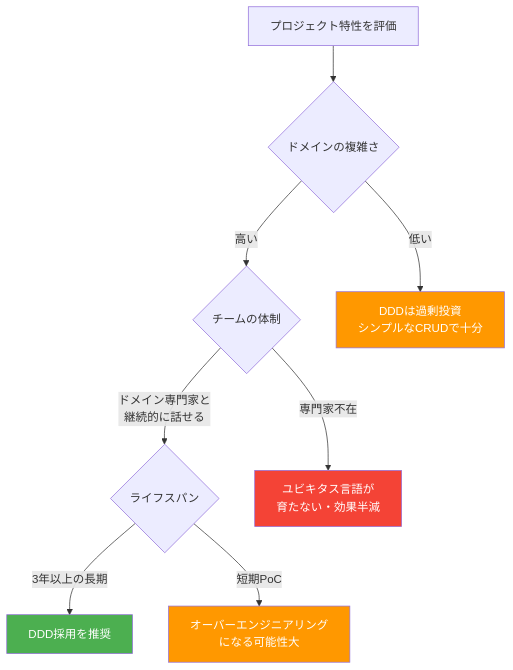
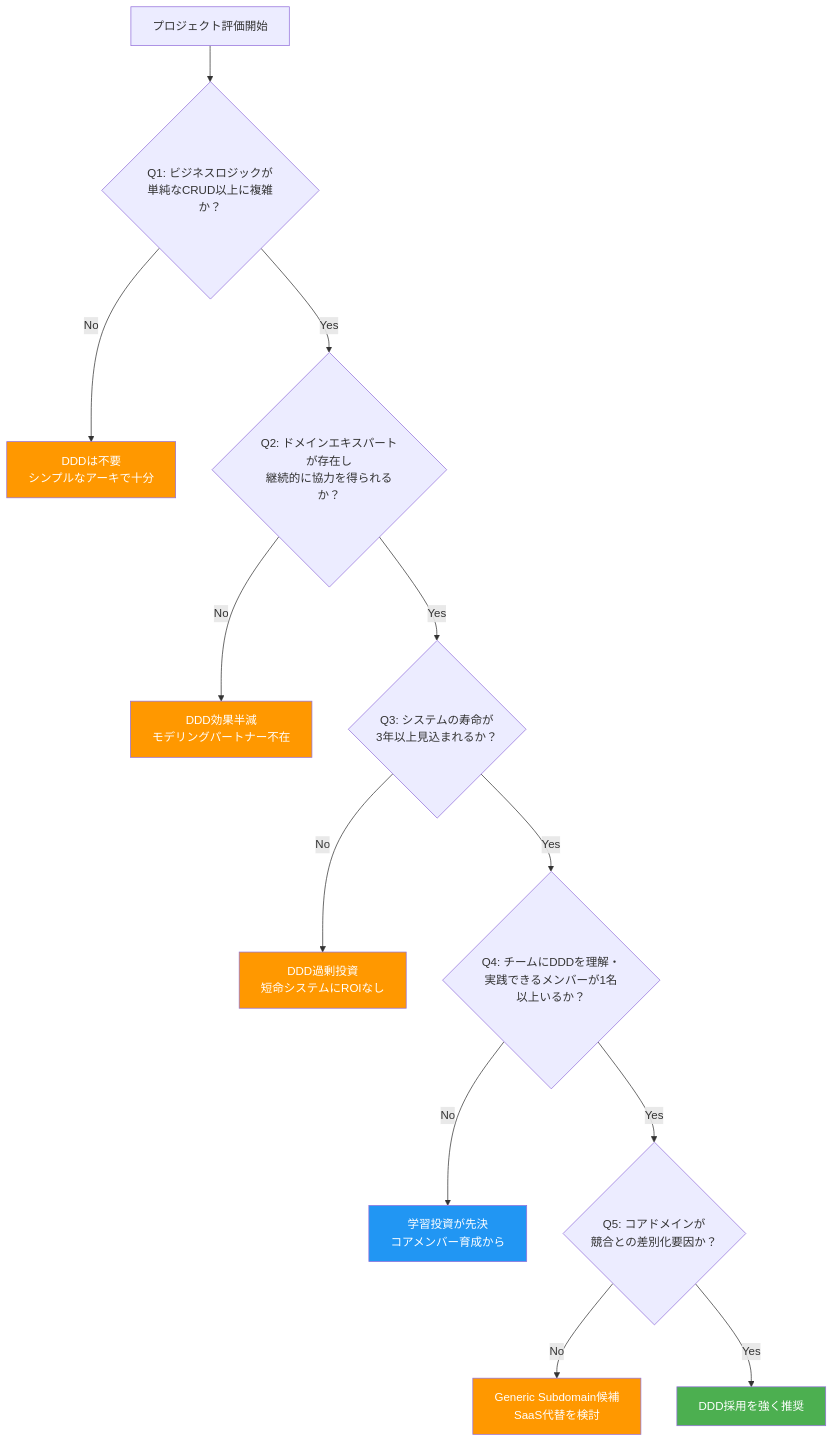
One commit to SakakitaniJunya/zenn-articles changed the third of 4 diagrams in books/ddd-complete-guide/01-why-ddd.md. Above: the diagram before and after it, drawn with Mermaid. The commit also changed other lines of this file and 26 other files, not shown here.

````diff
--- a/books/ddd-complete-guide/01-why-ddd.md
+++ b/books/ddd-complete-guide/01-why-ddd.md
@@ -91,15 +932,21 @@
 ```mermaid
-graph TD
-    A[プロジェクト特性を評価] --> B{ドメインの複雑さ}
-    B -->|高い| C{チームの体制}
-    B -->|低い| G[DDDは過剰投資<br>シンプルなCRUDで十分]
-    C -->|ドメイン専門家と<br>継続的に話せる| D{ライフスパン}
-    C -->|専門家不在| H[ユビキタス言語が<br>育たない・効果半減]
-    D -->|3年以上の長期| E[DDD採用を推奨]
-    D -->|短期PoC| F[オーバーエンジニアリング<br>になる可能性大]
+flowchart TD
+    A[プロジェクト評価開始] --> B{Q1: ビジネスロジックが<br>単純なCRUD以上に複雑か？}
+    B -->|No| Z[DDDは不要<br>シンプルなアーキで十分]
+    B -->|Yes| C{Q2: ドメインエキスパートが存在し<br>継続的に協力を得られるか？}
+    C -->|No| Y[DDD効果半減<br>モデリングパートナー不在]
+    C -->|Yes| D{Q3: システムの寿命が<br>3年以上見込まれるか？}
+    D -->|No| X[DDD過剰投資<br>短命システムにROIなし]
+    D -->|Yes| E{Q4: チームにDDDを理解・<br>実践できるメンバーが1名以上いるか？}
+    E -->|No| W[学習投資が先決<br>コアメンバー育成から]
+    E -->|Yes| F{Q5: コアドメインが<br>競合との差別化要因か？}
+    F -->|No| V[Generic Subdomain候補<br>SaaS代替を検討]
+    F -->|Yes| G[DDD採用を強く推奨]
 
-    style E fill:#4caf50,color:#fff
-    style G fill:#ff9800,color:#fff
-    style H fill:#f44336,color:#fff
-    style F fill:#ff9800,color:#fff
+    style G fill:#4caf50,color:#fff
+    style Z fill:#ff9800,color:#fff
+    style Y fill:#ff9800,color:#fff
+    style X fill:#ff9800,color:#fff
+    style W fill:#2196f3,color:#fff
+    style V fill:#ff9800,color:#fff
 ```
````
